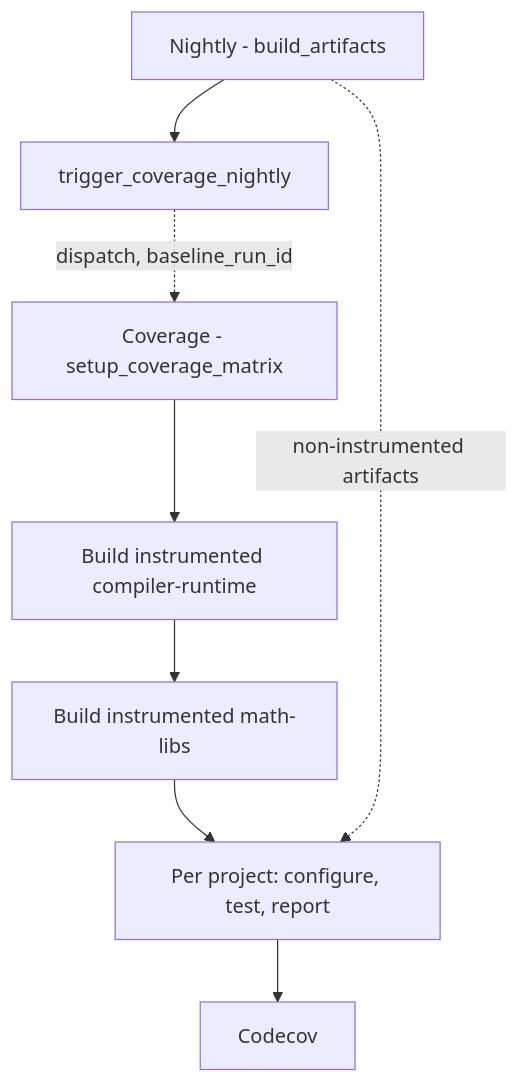
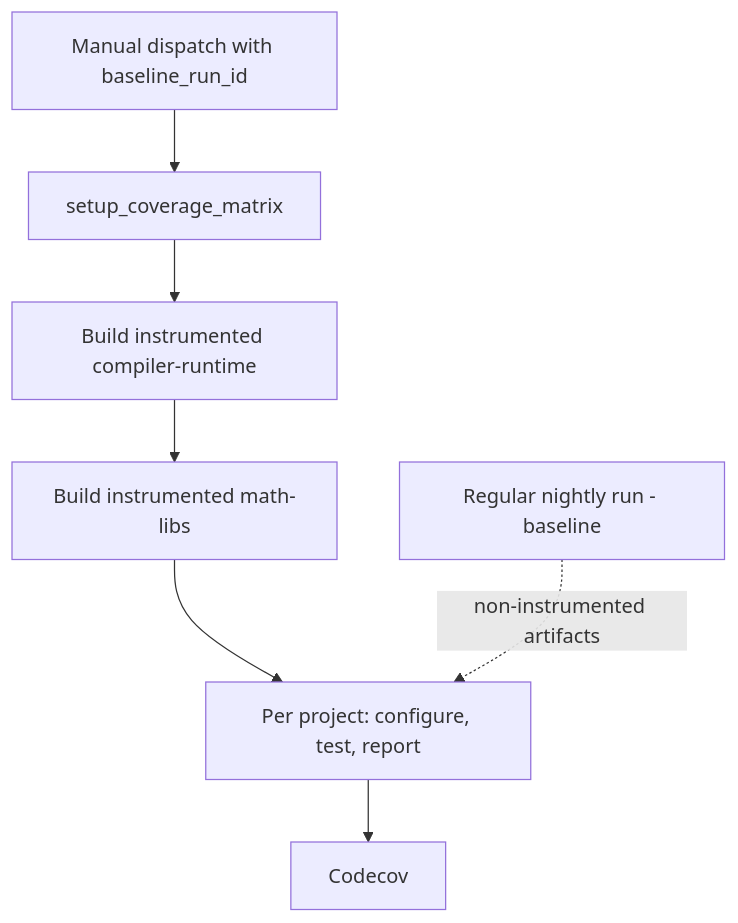
Before and after one commit to ROCm/TheRock: the diagram in docs/development/code_coverage_flows.md, drawn with Mermaid. The commit also changed other lines of this file and 4 other files, not shown here.

First line of the commit message:
refactor(ci): defer the nightly downstream coverage trigger

````diff
--- a/docs/development/code_coverage_flows.md
+++ b/docs/development/code_coverage_flows.md
@@ -14,10 +11,9 @@
 ```mermaid
 graph TD
-    buildArtifacts[Nightly - build_artifacts] --> trigger[trigger_coverage_nightly]
-    trigger -.->|dispatch, baseline_run_id| matrix[Coverage - setup_coverage_matrix]
+    dispatch[Manual dispatch with baseline_run_id] --> matrix[setup_coverage_matrix]
     matrix --> compilerRuntime[Build instrumented compiler-runtime]
     compilerRuntime --> mathLibs[Build instrumented math-libs]
     mathLibs --> report[Per project: configure, test, report]
-    buildArtifacts -.->|non-instrumented artifacts| report
+    nightly[Regular nightly run - baseline] -.->|non-instrumented artifacts| report
     report --> codecov[Codecov]
 ```
````
